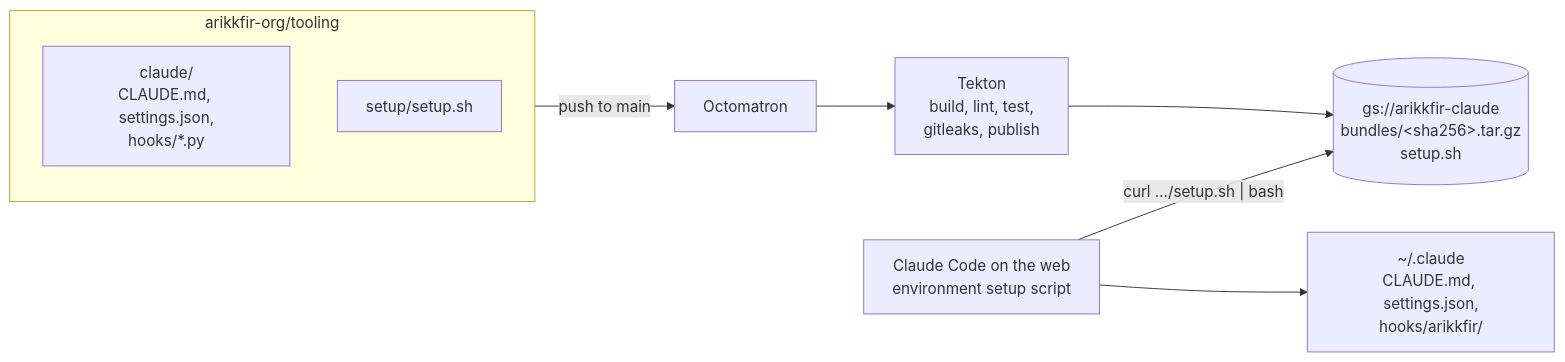
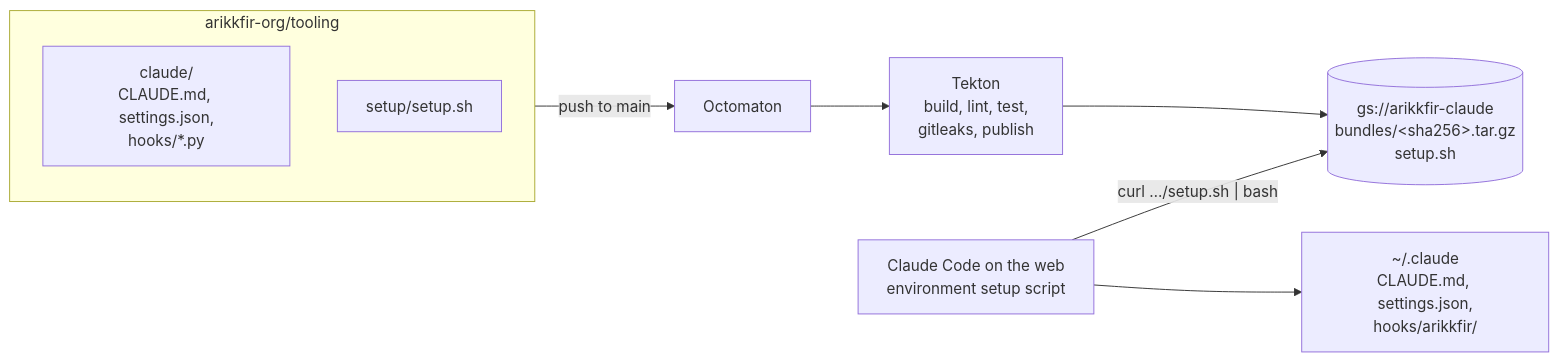
The diagram in hub/designs/phase-5-tooling.md (arikkfir-org/docs), drawn with Mermaid before and after one commit. The commit also changed other lines of this file and 15 other files, not shown here.

First line of the commit message:
docs(hub): rename Octomatron to Octomaton under octomaton.dev

````diff
--- a/hub/designs/phase-5-tooling.md
+++ b/hub/designs/phase-5-tooling.md
@@ -9,11 +9,11 @@
 ```mermaid
 flowchart LR
   subgraph repo[arikkfir-org/tooling]
     C[claude/<br/>CLAUDE.md, settings.json,<br/>hooks/*.py]
     S[setup/setup.sh]
   end
-  repo -- push to main --> SB[Octomatron] --> TK[Tekton<br/>build, lint, test,<br/>gitleaks, publish]
+  repo -- push to main --> SB[Octomaton] --> TK[Tekton<br/>build, lint, test,<br/>gitleaks, publish]
   TK --> B[(gs://arikkfir-claude<br/>bundles/&lt;sha256&gt;.tar.gz<br/>setup.sh)]
   E[Claude Code on the web<br/>environment setup script] -- "curl …/setup.sh | bash" --> B
   E --> H["~/.claude<br/>CLAUDE.md, settings.json,<br/>hooks/arikkfir/"]
 ```
````
